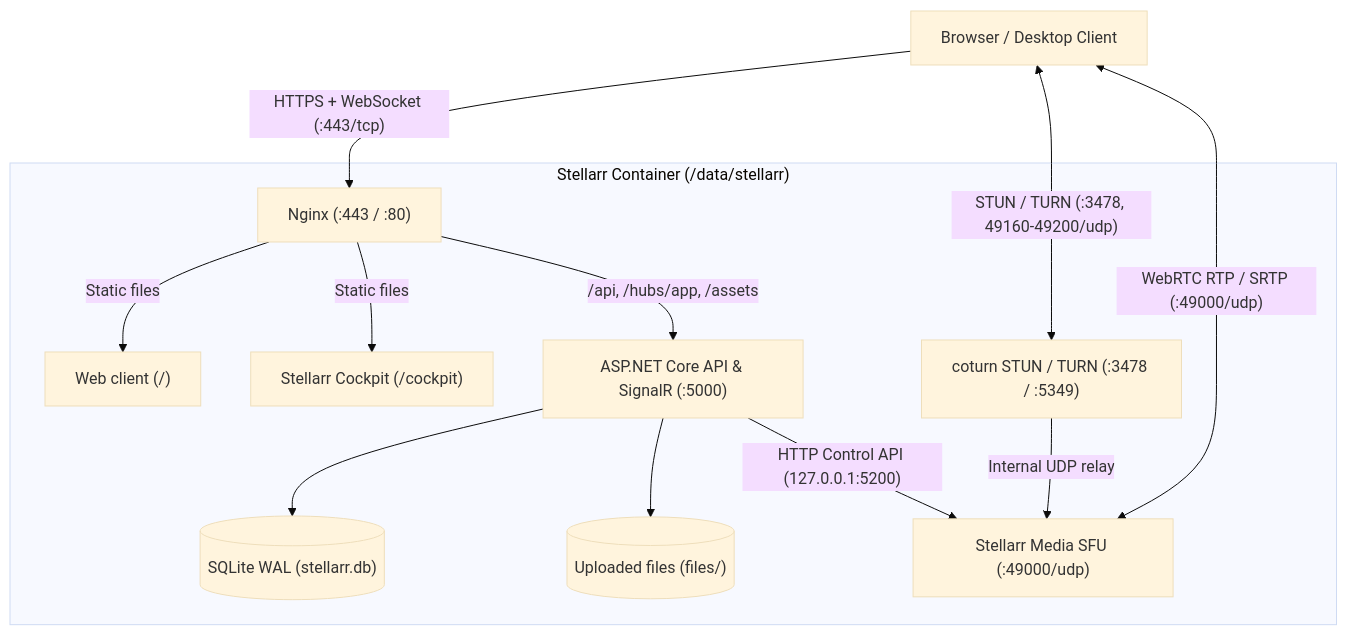
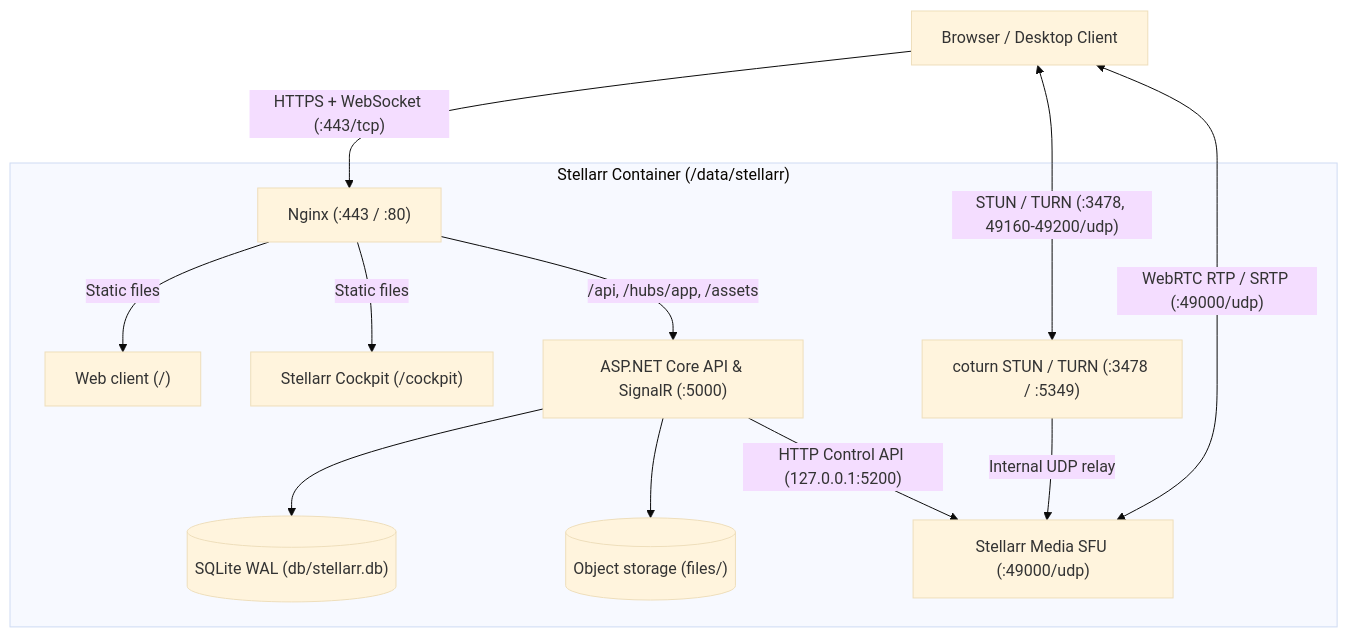
One commit to Arkazzae/Stellar changed the diagram in docs/architecture.md. Above: the diagram before and after it, drawn with Mermaid (base theme). The commit also changed other lines of this file and 31 other files, not shown here.

````diff
--- a/docs/architecture.md
+++ b/docs/architecture.md
@@ -9,27 +9,27 @@
 ```mermaid
 flowchart TD
     Browser["Browser / Desktop Client"]
 
     subgraph Container["Stellarr Container (/data/stellarr)"]
         Nginx["Nginx (:443 / :80)"]
         Web["Web client (/)"]
         Cockpit["Stellarr Cockpit (/cockpit)"]
         Api["ASP.NET Core API & SignalR (:5000)"]
-        Sqlite[("SQLite WAL (stellarr.db)")]
-        Files[("Uploaded files (files/)")]
+        Sqlite[("SQLite WAL (db/stellarr.db)")]
+        Files[("Object storage (files/)")]
         Coturn["coturn STUN / TURN (:3478 / :5349)"]
         Media["Stellarr Media SFU (:49000/udp)"]
 
         Nginx -->|"Static files"| Web
         Nginx -->|"Static files"| Cockpit
         Nginx -->|"/api, /hubs/app, /assets"| Api
         Api --> Sqlite
         Api --> Files
         Api -->|"HTTP Control API (127.0.0.1:5200)"| Media
         Coturn -->|"Internal UDP relay"| Media
     end
 
     Browser -->|"HTTPS + WebSocket (:443/tcp)"| Nginx
     Browser <-->|"STUN / TURN (:3478, 49160-49200/udp)"| Coturn
     Browser <-->|"WebRTC RTP / SRTP (:49000/udp)"| Media
 ```
````
